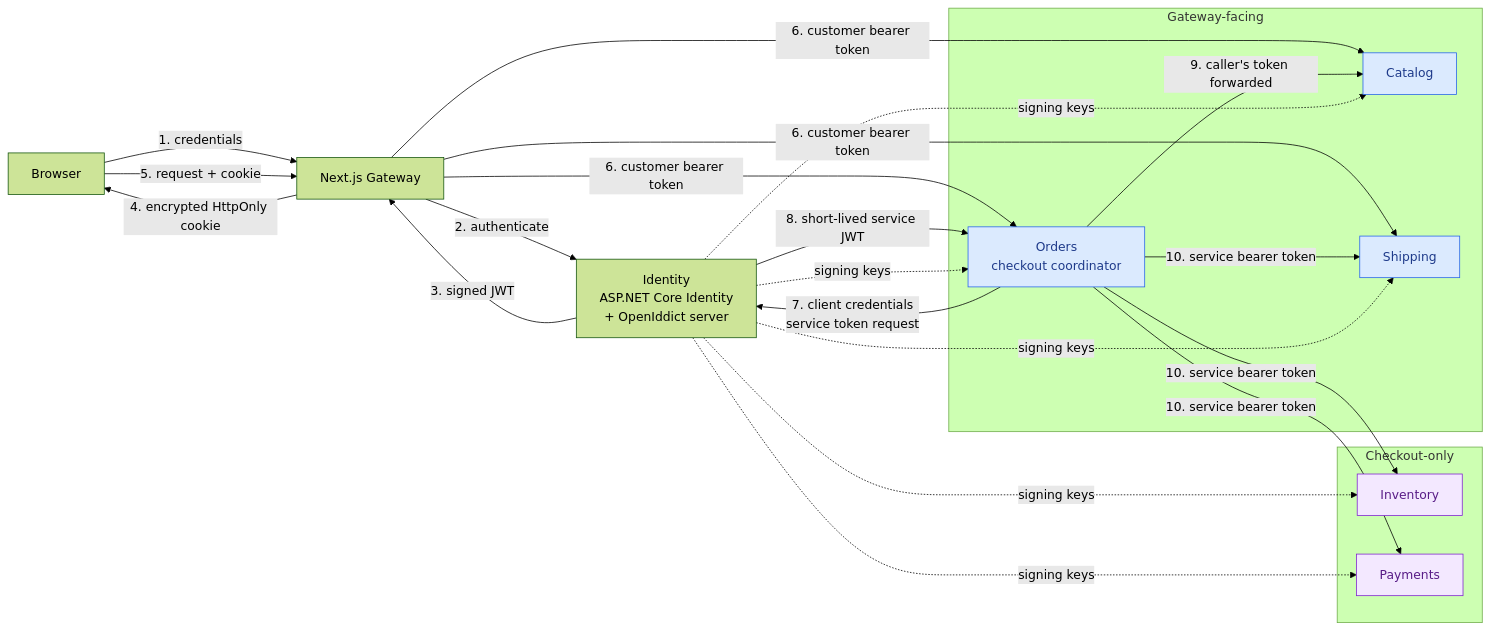
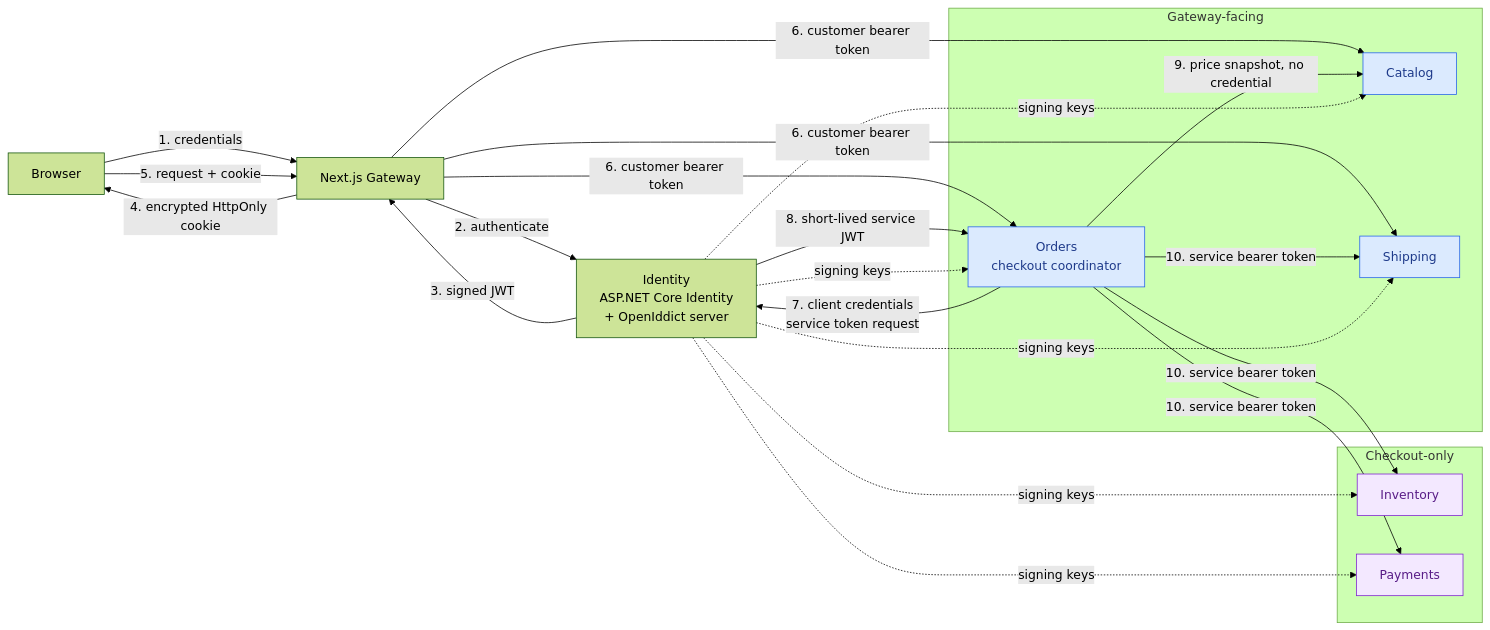
Before and after one commit to renanmoraisdasilva/luna: the second of 6 diagrams in documentation/architecture.md, drawn with Mermaid (forest theme). The commit also changed other lines of this file and 6 other files, not shown here.

Commit message:
Stop forwarding the customer token to Catalog and require a service token for shipping quotes

````diff
--- a/documentation/architecture.md
+++ b/documentation/architecture.md
@@ -119,48 +109,48 @@
 ```mermaid
 flowchart LR
     Browser["Browser"]
 
     Next["Next.js Gateway"]
 
     subgraph Facing["Gateway-facing"]
         Orders["Orders<br/>checkout coordinator"]
         Catalog["Catalog"]
         Shipping["Shipping"]
     end
 
     subgraph Checkout["Checkout-only"]
         Inventory["Inventory"]
         Payments["Payments"]
     end
 
     Identity["Identity<br/>ASP.NET Core Identity<br/>+ OpenIddict server"]
 
     Browser -->|1. credentials| Next
     Next -->|2. authenticate| Identity
     Identity -->|3. signed JWT| Next
     Next -->|4. encrypted HttpOnly cookie| Browser
     Browser -->|5. request + cookie| Next
 
     Next -->|6. customer bearer token| Catalog
     Next -->|6. customer bearer token| Orders
     Next -->|6. customer bearer token| Shipping
 
     Orders -->|7. client credentials<br/>service token request| Identity
     Identity -->|8. short-lived service JWT| Orders
 
-    Orders -->|9. caller's token forwarded| Catalog
+    Orders -->|9. price snapshot, no credential| Catalog
     Orders -->|10. service bearer token| Inventory
     Orders -->|10. service bearer token| Payments
     Orders -->|10. service bearer token| Shipping
 
     Identity -.->|signing keys| Orders
     Identity -.->|signing keys| Catalog
     Identity -.->|signing keys| Shipping
     Identity -.->|signing keys| Inventory
     Identity -.->|signing keys| Payments
 
     classDef facing fill:#dbeafe,stroke:#2563eb,color:#1e3a8a
     classDef internal fill:#f3e8ff,stroke:#7e22ce,color:#581c87
     class Orders,Catalog,Shipping facing
     class Inventory,Payments internal
 ```
````
